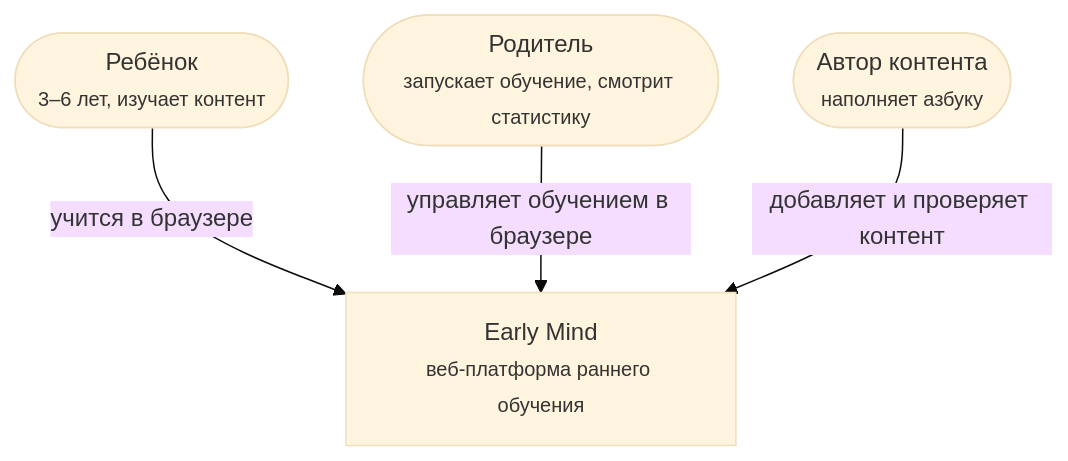
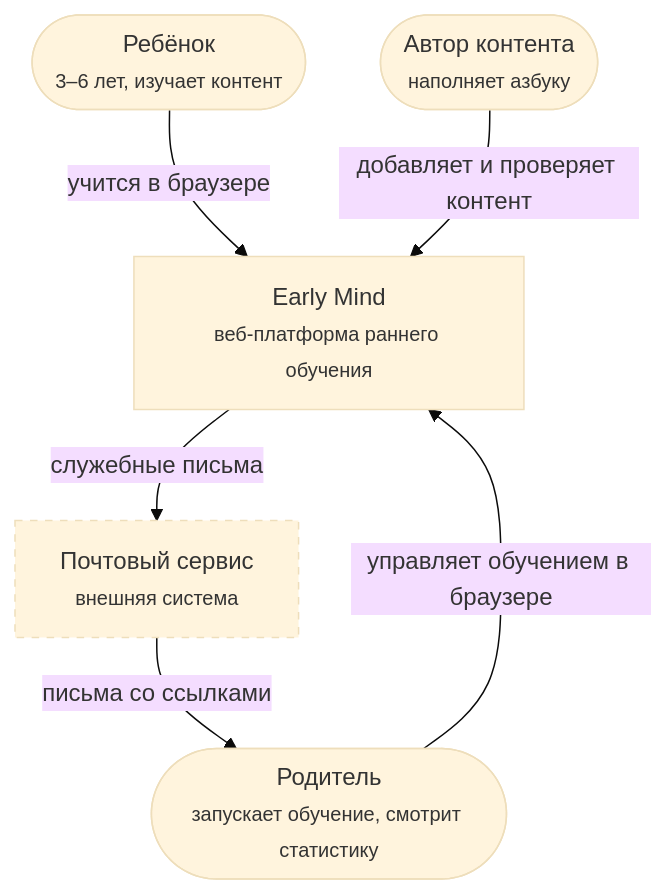
The first of 2 diagrams in docs/architecture/c4.md (nsat1/early-mind), drawn with Mermaid (base theme) before and after one commit. The commit also changed other lines of this file and 2 other files, not shown here.

Commit message:
docs: add parent account design

````diff
--- a/docs/architecture/c4.md
+++ b/docs/architecture/c4.md
@@ -7,10 +7,15 @@
 ```mermaid
 flowchart TB
     child(["Ребёнок<br/><small>3–6 лет, изучает контент</small>"])
     parent(["Родитель<br/><small>запускает обучение, смотрит статистику</small>"])
     author(["Автор контента<br/><small>наполняет азбуку</small>"])
     em["Early Mind<br/><small>веб-платформа раннего обучения</small>"]
+    mail["Почтовый сервис<br/><small>внешняя система</small>"]
     child -->|учится в браузере| em
     parent -->|управляет обучением в браузере| em
     author -->|добавляет и проверяет контент| em
+    em -->|служебные письма| mail
+    mail -->|письма со ссылками| parent
+    classDef planned stroke-dasharray: 5 5
+    class mail planned
 ```
````
